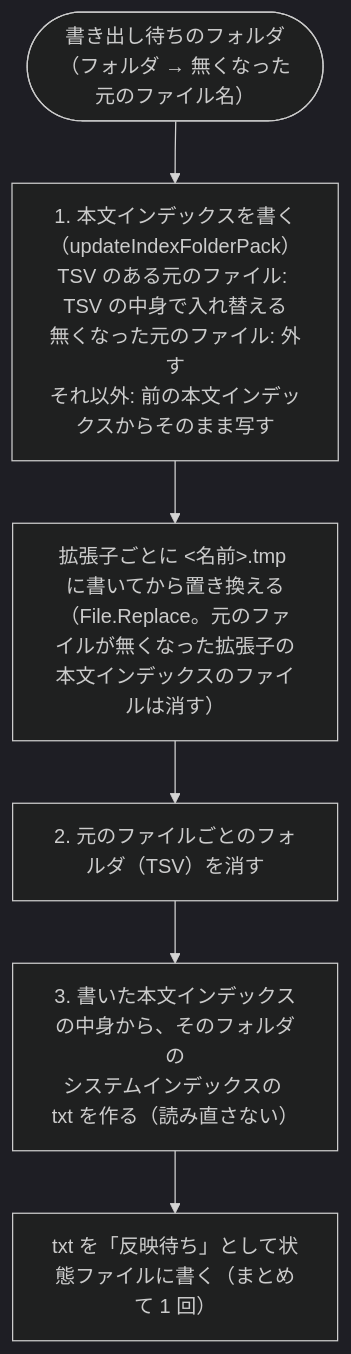
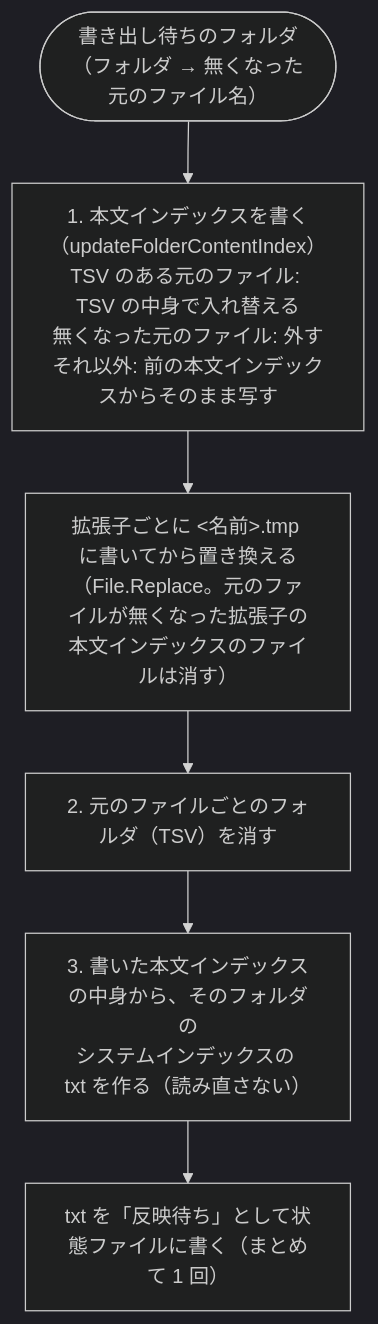
The second of 3 diagrams in docs/design/index-data/publish.md (hsgwa/tebunko), drawn with Mermaid (dark theme) before and after one commit. The commit also changed other lines of this file and 81 other files, not shown here.

First line of the commit message:
refactor: 集約ファイル（pack）のコードの名前を本文インデックス（contentIndex）に改める (#185)

````diff
--- a/docs/design/index-data/publish.md
+++ b/docs/design/index-data/publish.md
@@ -30,8 +30,8 @@
 ```mermaid
 flowchart TD
-    P(["書き出し待ちのフォルダ<br>（フォルダ → 無くなった元のファイル名）"]) --> A["1. 本文インデックスを書く（updateIndexFolderPack）<br>TSV のある元のファイル: TSV の中身で入れ替える<br>無くなった元のファイル: 外す<br>それ以外: 前の本文インデックスからそのまま写す"]
+    P(["書き出し待ちのフォルダ<br>（フォルダ → 無くなった元のファイル名）"]) --> A["1. 本文インデックスを書く（updateFolderContentIndex）<br>TSV のある元のファイル: TSV の中身で入れ替える<br>無くなった元のファイル: 外す<br>それ以外: 前の本文インデックスからそのまま写す"]
     A --> B["拡張子ごとに #lt;名前#gt;.tmp に書いてから置き換える<br>（File.Replace。元のファイルが無くなった拡張子の本文インデックスのファイルは消す）"]
     B --> C["2. 元のファイルごとのフォルダ（TSV）を消す"]
     C --> D["3. 書いた本文インデックスの中身から、そのフォルダの<br>システムインデックスの txt を作る（読み直さない）"]
     D --> E["txt を「反映待ち」として状態ファイルに書く（まとめて 1 回）"]
 ```
````
